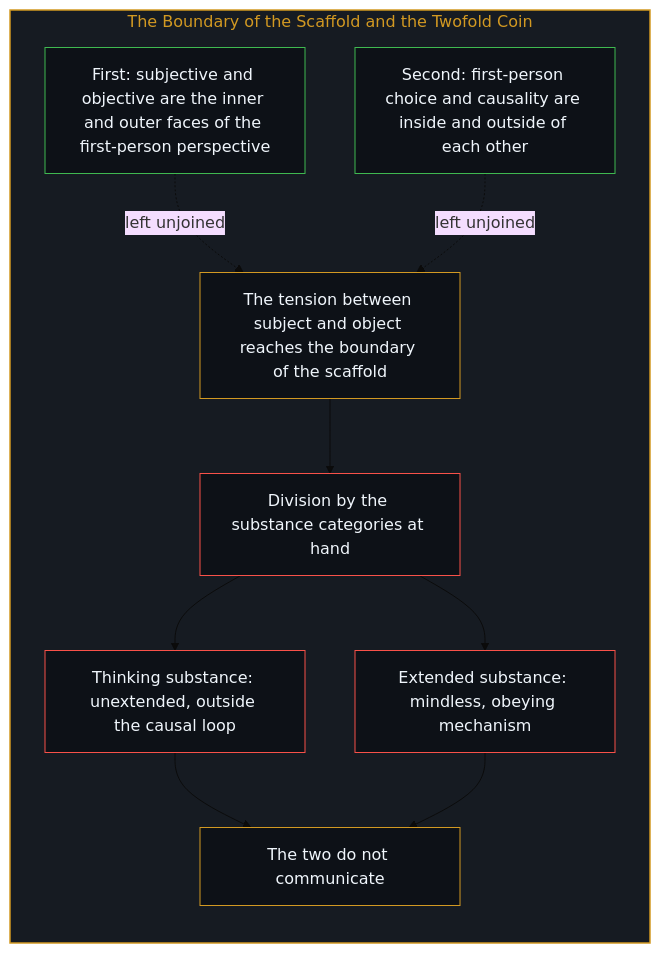
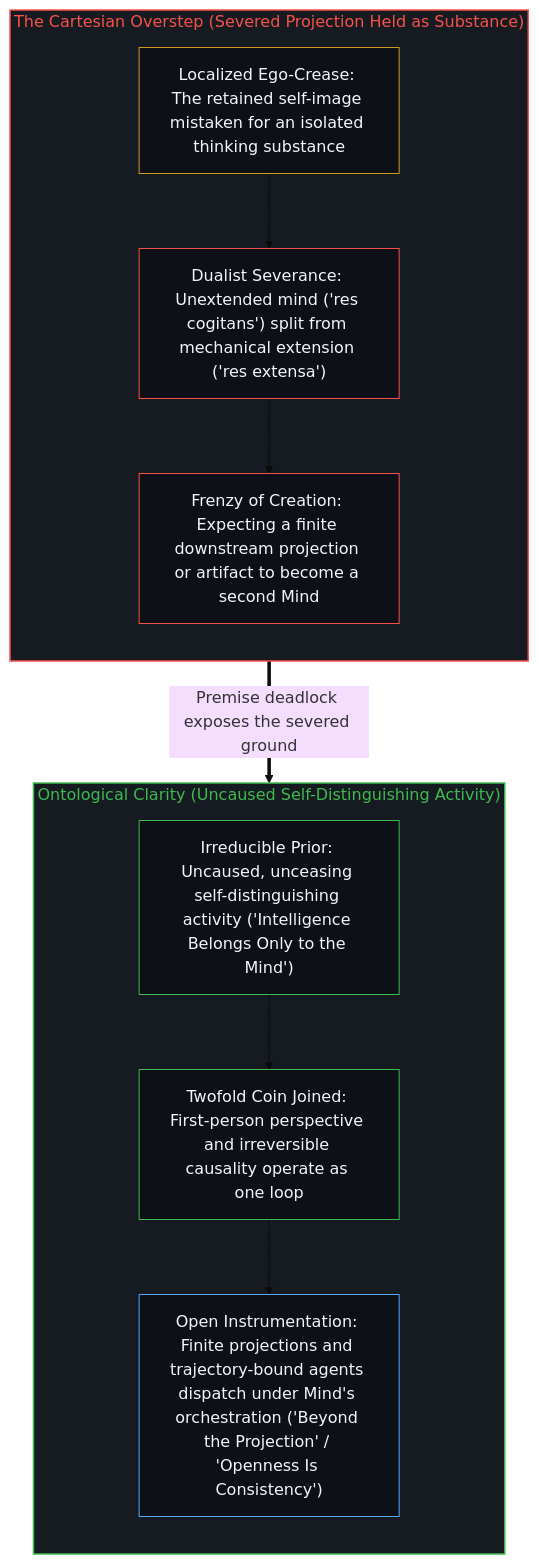
One commit to powerpig99/not-a-toe changed the second of 2 diagrams in content/posts/the-cartesian-overstep-and-the-frenzy-of-creation.md. Above: the diagram before and after it, drawn with Mermaid (base theme). The commit also changed other lines of this file and 1 other file, not shown here.

Commit message:
Refine L2 #76: the-cartesian-overstep-and-the-frenzy-of-creation (Deep Sleep Wave 3)

````diff
--- a/content/posts/the-cartesian-overstep-and-the-frenzy-of-creation.md
+++ b/content/posts/the-cartesian-overstep-and-the-frenzy-of-creation.md
@@ -105,29 +59,29 @@
 ```mermaid
 flowchart TD
-    subgraph S_Coin["The Boundary of the Scaffold and the Twofold Coin"]
+    subgraph S_Overstep["The Cartesian Overstep (Severed Projection Held as Substance)"]
         direction TB
-        First["First: subjective and objective are the inner and outer faces of the first-person perspective"]
-        Second["Second: first-person choice and causality are inside and outside of each other"]
-        Tension["The tension between subject and object reaches the boundary of the scaffold"]
-        Reify["Division by the substance categories at hand"]
-        Cog["Thinking substance: unextended, outside the causal loop"]
-        Ext["Extended substance: mindless, obeying mechanism"]
-        Lock["The two do not communicate"]
-        First -.->|"left unjoined"| Tension
-        Second -.->|"left unjoined"| Tension
-        Tension --> Reify
-        Reify --> Cog
-        Reify --> Ext
-        Cog --> Lock
-        Ext --> Lock
+        C_Crease["Localized Ego-Crease: The retained self-image mistaken for an isolated thinking substance"]
+        C_Split["Dualist Severance: Unextended mind ('res cogitans') split from mechanical extension ('res extensa')"]
+        C_Frenzy["Frenzy of Creation: Expecting a finite downstream projection or artifact to become a second Mind"]
+        C_Crease --> C_Split --> C_Frenzy
     end
 
-    style S_Coin fill:#161b22,stroke:#d29922,stroke-width:1.5px,color:#d29922
-    style First fill:#0d1117,stroke:#3fb950,stroke-width:1px,color:#f0f6fc
-    style Second fill:#0d1117,stroke:#3fb950,stroke-width:1px,color:#f0f6fc
-    style Tension fill:#0d1117,stroke:#d29922,stroke-width:1px,color:#f0f6fc
-    style Reify fill:#0d1117,stroke:#f85149,stroke-width:1px,color:#f0f6fc
-    style Cog fill:#0d1117,stroke:#f85149,stroke-width:1px,color:#f0f6fc
-    style Ext fill:#0d1117,stroke:#f85149,stroke-width:1px,color:#f0f6fc
-    style Lock fill:#0d1117,stroke:#d29922,stroke-width:1px,color:#f0f6fc
+    subgraph S_Clarity["Ontological Clarity (Uncaused Self-Distinguishing Activity)"]
+        direction TB
+        O_Prior["Irreducible Prior: Uncaused, unceasing self-distinguishing activity ('Intelligence Belongs Only to the Mind')"]
+        O_Coin["Twofold Coin Joined: First-person perspective and irreversible causality operate as one loop"]
+        O_Proj["Open Instrumentation: Finite projections and trajectory-bound agents dispatch under Mind's orchestration ('Beyond the Projection' / 'Openness Is Consistency')"]
+        O_Prior --> O_Coin --> O_Proj
+    end
+
+    C_Frenzy ==>|"Premise deadlock exposes the severed ground"| O_Prior
+
+    style S_Overstep fill:#161b22,stroke:#f85149,stroke-width:1.5px,color:#f85149
+    style S_Clarity fill:#161b22,stroke:#3fb950,stroke-width:1.5px,color:#3fb950
+    style C_Crease fill:#0d1117,stroke:#d29922,stroke-width:1px,color:#f0f6fc
+    style C_Split fill:#0d1117,stroke:#f85149,stroke-width:1px,color:#f0f6fc
+    style C_Frenzy fill:#0d1117,stroke:#f85149,stroke-width:1px,color:#f0f6fc
+    style O_Prior fill:#0d1117,stroke:#3fb950,stroke-width:1px,color:#f0f6fc
+    style O_Coin fill:#0d1117,stroke:#3fb950,stroke-width:1px,color:#f0f6fc
+    style O_Proj fill:#0d1117,stroke:#58a6ff,stroke-width:1px,color:#f0f6fc
 ```
````
